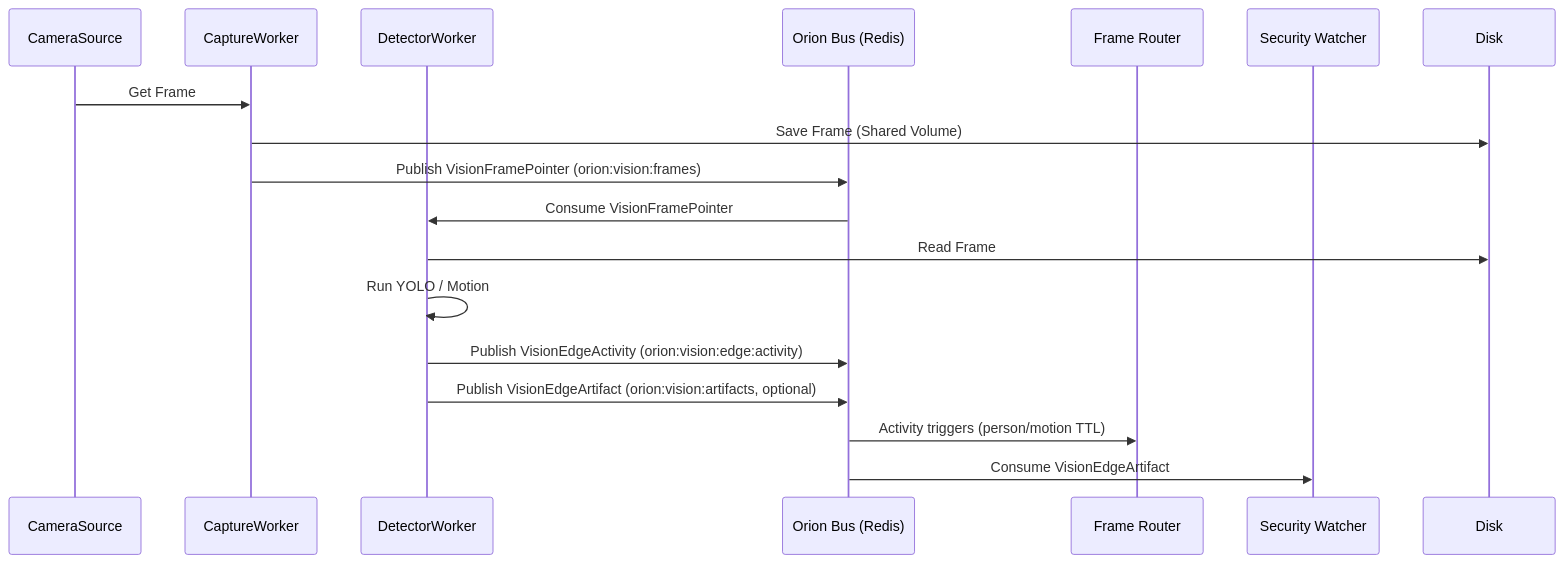
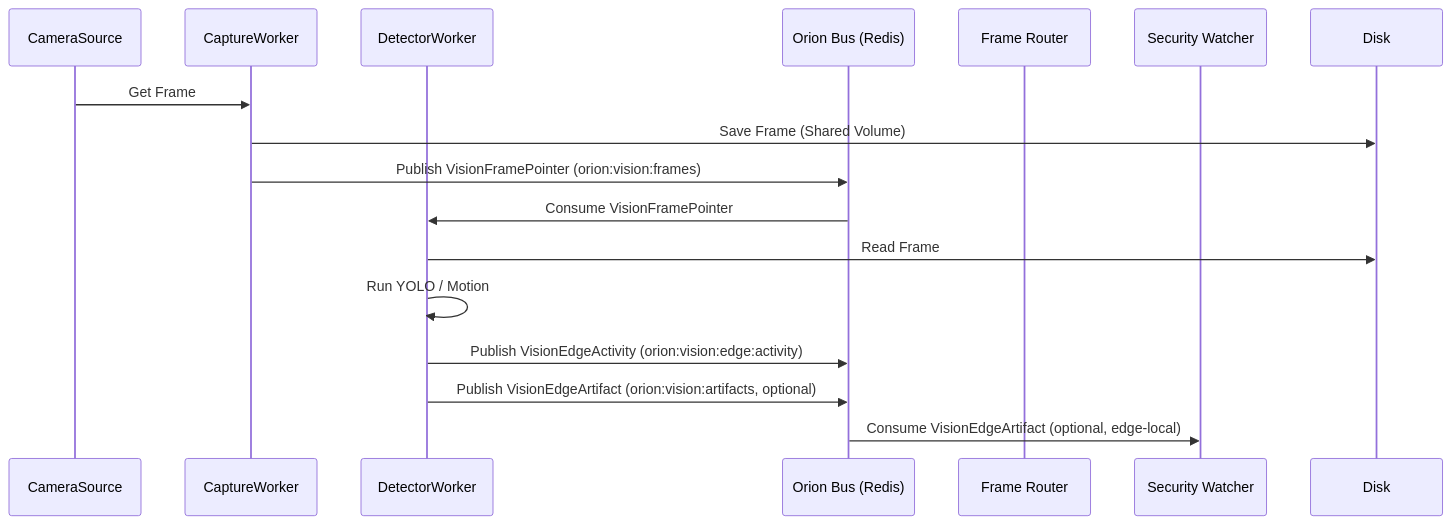
One commit to junebug-junie/Orion-Sapienform changed the diagram in services/orion-vision-edge/README.md. Above: the diagram before and after it, drawn with Mermaid. The commit also changed other lines of this file and 32 other files, not shown here.

First line of the commit message:
Decouple host vision pipe from edge activity coupling.

````diff
--- a/services/orion-vision-edge/README.md
+++ b/services/orion-vision-edge/README.md
@@ -16,22 +16,21 @@
 ```mermaid
 sequenceDiagram
     participant Cam as CameraSource
     participant Capture as CaptureWorker
     participant Detect as DetectorWorker
     participant Bus as Orion Bus (Redis)
     participant Router as Frame Router
     participant Guard as Security Watcher
 
     Cam->>Capture: Get Frame
     Capture->>Disk: Save Frame (Shared Volume)
     Capture->>Bus: Publish VisionFramePointer (orion:vision:frames)
 
     Bus->>Detect: Consume VisionFramePointer
     Detect->>Disk: Read Frame
     Detect->>Detect: Run YOLO / Motion
     Detect->>Bus: Publish VisionEdgeActivity (orion:vision:edge:activity)
     Detect->>Bus: Publish VisionEdgeArtifact (orion:vision:artifacts, optional)
 
-    Bus->>Router: Activity triggers (person/motion TTL)
-    Bus->>Guard: Consume VisionEdgeArtifact
+    Bus->>Guard: Consume VisionEdgeArtifact (optional, edge-local)
 ```
````
